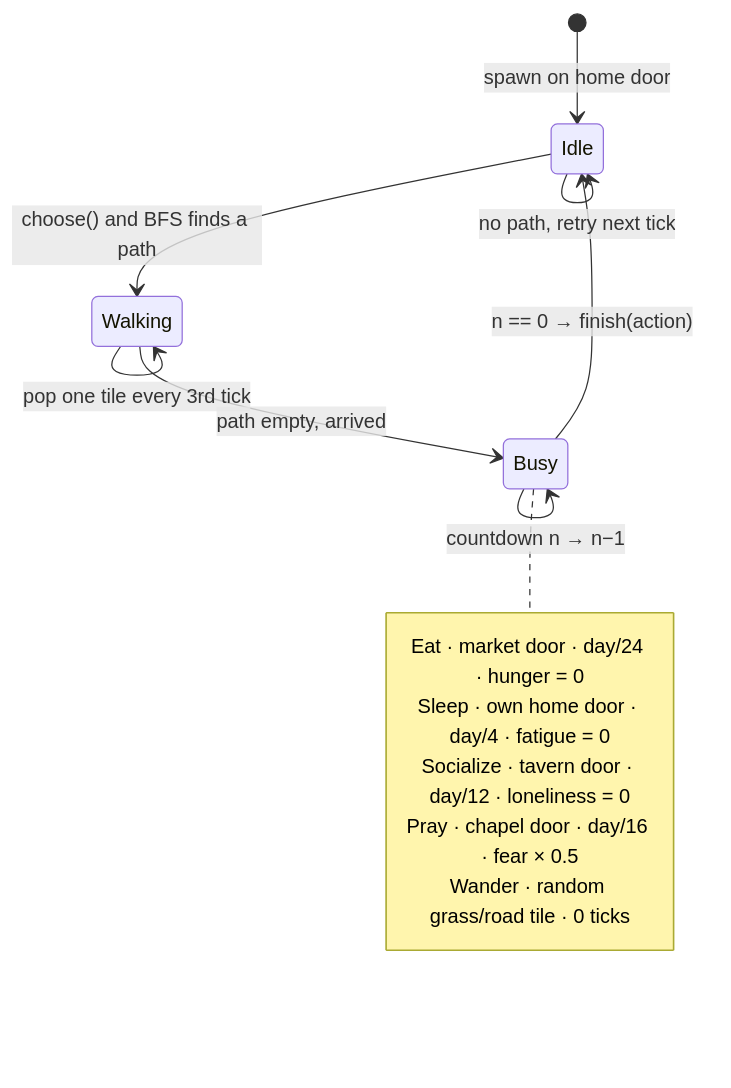
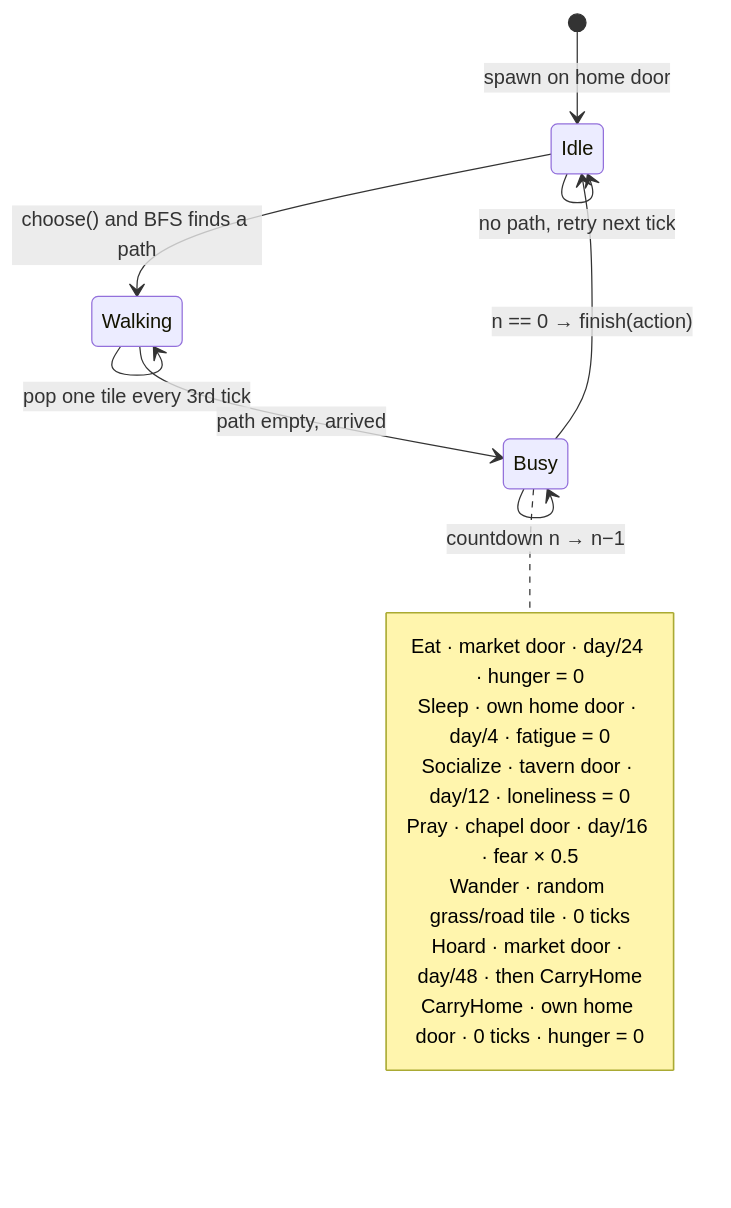
Before and after one commit to VarnoxL/last-vigil: the fifth of 8 diagrams in README.md, drawn with Mermaid. The commit also changed other lines of this file and 5 other files, not shown here.

````diff
--- a/README.md
+++ b/README.md
@@ -504,18 +507,20 @@
 ```mermaid
 stateDiagram-v2
     [*] --> Idle : spawn on home door
     Idle --> Walking : choose() and BFS finds a path
     Idle --> Idle : no path, retry next tick
     Walking --> Walking : pop one tile every 3rd tick
     Walking --> Busy : path empty, arrived
     Busy --> Busy : countdown n → n−1
     Busy --> Idle : n == 0 → finish(action)
 
     note right of Busy
         Eat · market door · day/24 · hunger = 0
         Sleep · own home door · day/4 · fatigue = 0
         Socialize · tavern door · day/12 · loneliness = 0
         Pray · chapel door · day/16 · fear × 0.5
         Wander · random grass/road tile · 0 ticks
+        Hoard · market door · day/48 · then CarryHome
+        CarryHome · own home door · 0 ticks · hunger = 0
     end note
 ```
````
